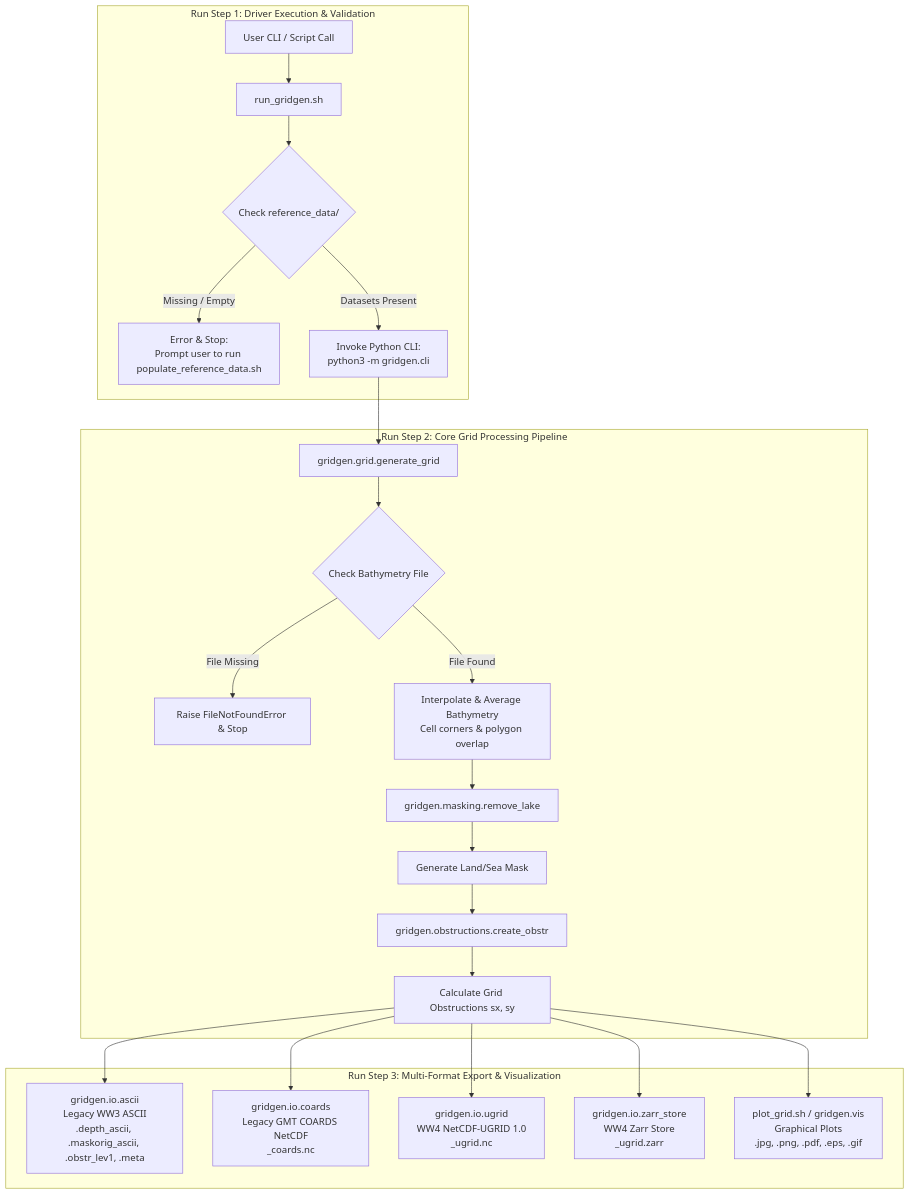
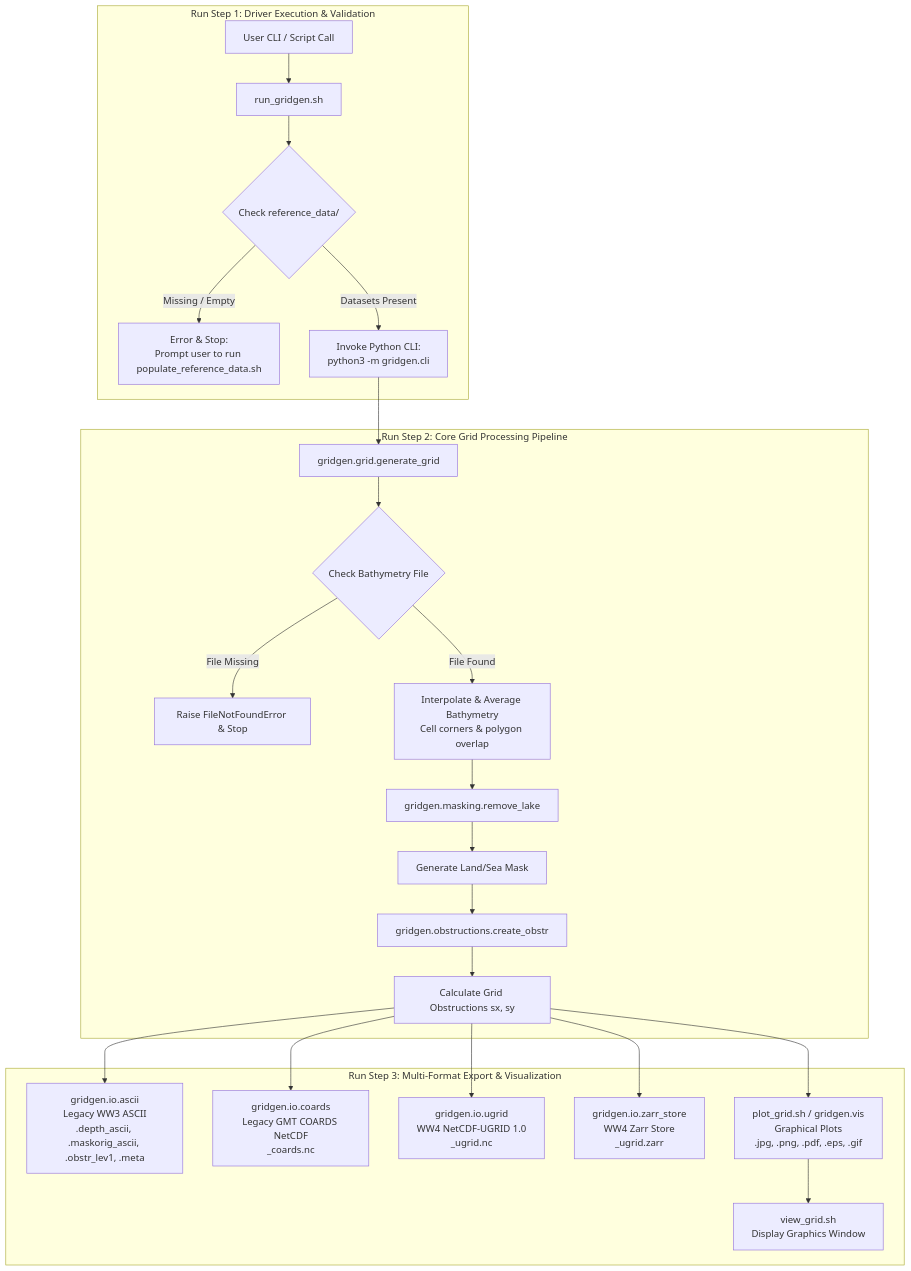
One commit to HendrikTolman-NOAA/gridgen changed the second of 2 diagrams in ARCHITECTURE.md. Above: the diagram before and after it, drawn with Mermaid. The commit also changed other lines of this file and 2 other files, not shown here.

First line of the commit message:
Add view_grid.sh script to display grid graphics in present window

````diff
--- a/ARCHITECTURE.md
+++ b/ARCHITECTURE.md
@@ -31,30 +31,31 @@
 ```mermaid
 flowchart TD
     subgraph Run Step 1: Driver Execution & Validation
         E[User CLI / Script Call] --> F[run_gridgen.sh]
         F --> G{Check reference_data/}
         G -- Missing / Empty --> H[Error & Stop:<br/>Prompt user to run populate_reference_data.sh]
         G -- Datasets Present --> I[Invoke Python CLI:<br/>python3 -m gridgen.cli]
     end
 
     subgraph Run Step 2: Core Grid Processing Pipeline
         I --> J[gridgen.grid.generate_grid]
         J --> K{Check Bathymetry File}
         K -- File Missing --> L[Raise FileNotFoundError & Stop]
         K -- File Found --> M[Interpolate & Average Bathymetry<br/>Cell corners & polygon overlap]
 
         M --> N[gridgen.masking.remove_lake]
         N --> O[Generate Land/Sea Mask]
 
         O --> P[gridgen.obstructions.create_obstr]
         P --> Q[Calculate Grid Obstructions sx, sy]
     end
 
     subgraph Run Step 3: Multi-Format Export & Visualization
         Q --> R1[gridgen.io.ascii<br/>Legacy WW3 ASCII<br/>.depth_ascii, .maskorig_ascii, .obstr_lev1, .meta]
         Q --> R2[gridgen.io.coards<br/>Legacy GMT COARDS NetCDF<br/>_coards.nc]
         Q --> R3[gridgen.io.ugrid<br/>WW4 NetCDF-UGRID 1.0<br/>_ugrid.nc]
         Q --> R4[gridgen.io.zarr_store<br/>WW4 Zarr Store<br/>_ugrid.zarr]
         Q --> R5[plot_grid.sh / gridgen.vis<br/>Graphical Plots<br/>.jpg, .png, .pdf, .eps, .gif]
+        R5 --> R6[view_grid.sh<br/>Display Graphics Window]
     end
 ```
````
